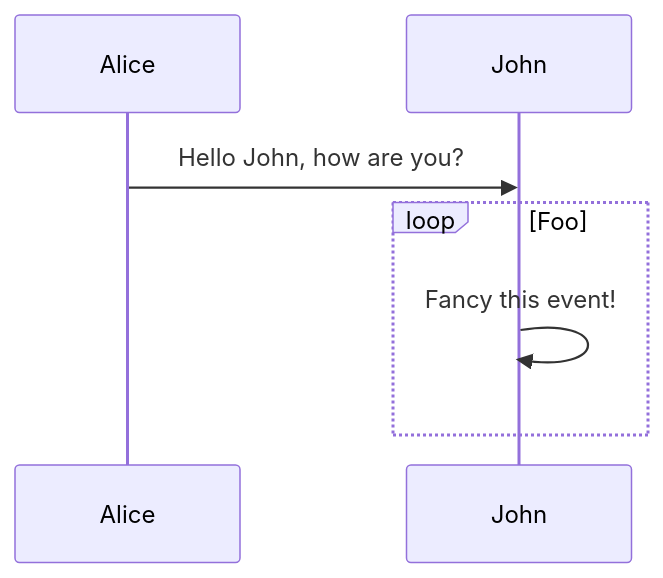
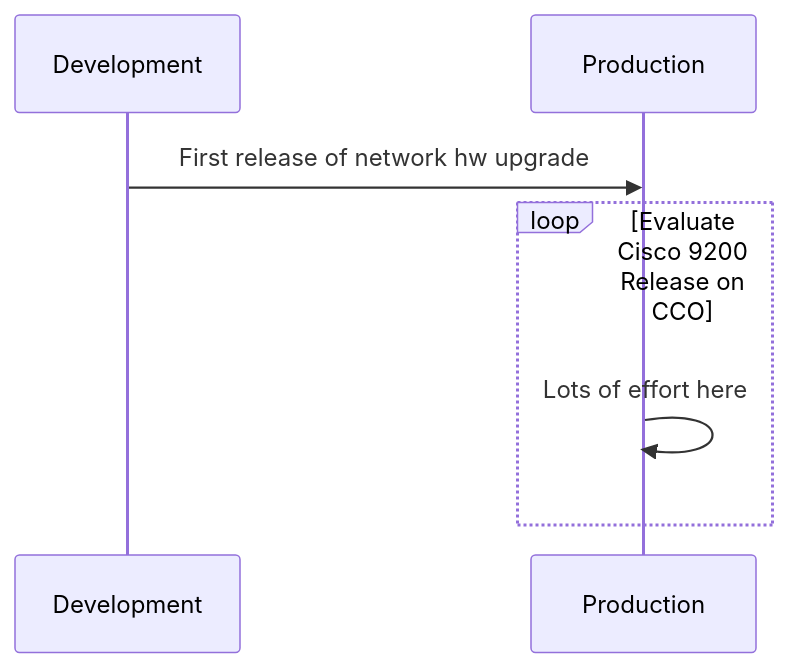
The first of 2 diagrams in README.md (mpenning/unittest_01), drawn with Mermaid before and after one commit.

Commit message:
Experiment - Another iteration

````diff
--- a/README.md
+++ b/README.md
@@ -24,9 +24,9 @@
 ```mermaid
 sequenceDiagram
-    participant Alice
-    participant John
-    Alice->>John: Hello John, how are you?
-    loop Foo
-        John->>John: Fancy this event!
+    participant Development
+    participant Production
+    Development->>Production: First release of network hw upgrade
+    loop Evaluate Cisco 9200 Release on CCO
+        Production->>Production: Lots of effort here
     end
 ```
````
